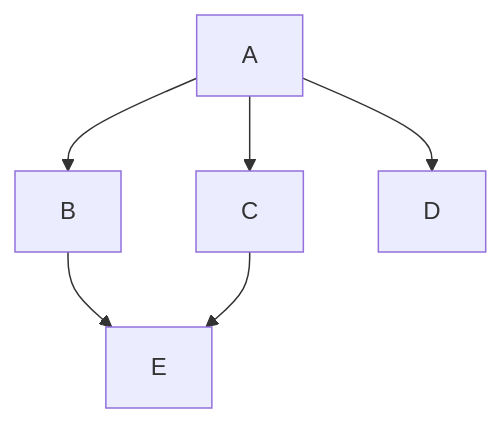
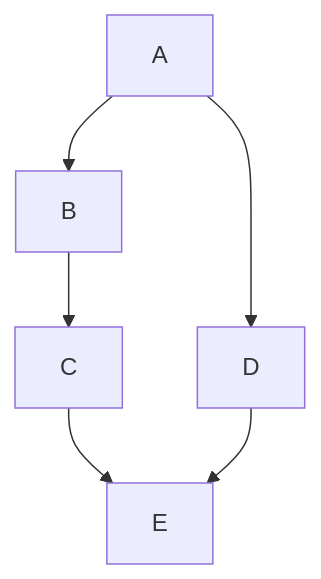
Before and after one commit to ayalamarcelo/golang: the diagram in clase-1-5.md, drawn with Mermaid.

Commit message:
Latest updates

````diff
--- a/clase-1-5.md
+++ b/clase-1-5.md
@@ -125,8 +125,8 @@
 ```mermaid
 graph TD;
     A-->B;
-    A-->C;
+    B-->C;
+    C-->E;
     A-->D;
-    B-->E;
-    C-->E;
+    D-->E;
 ```
````
